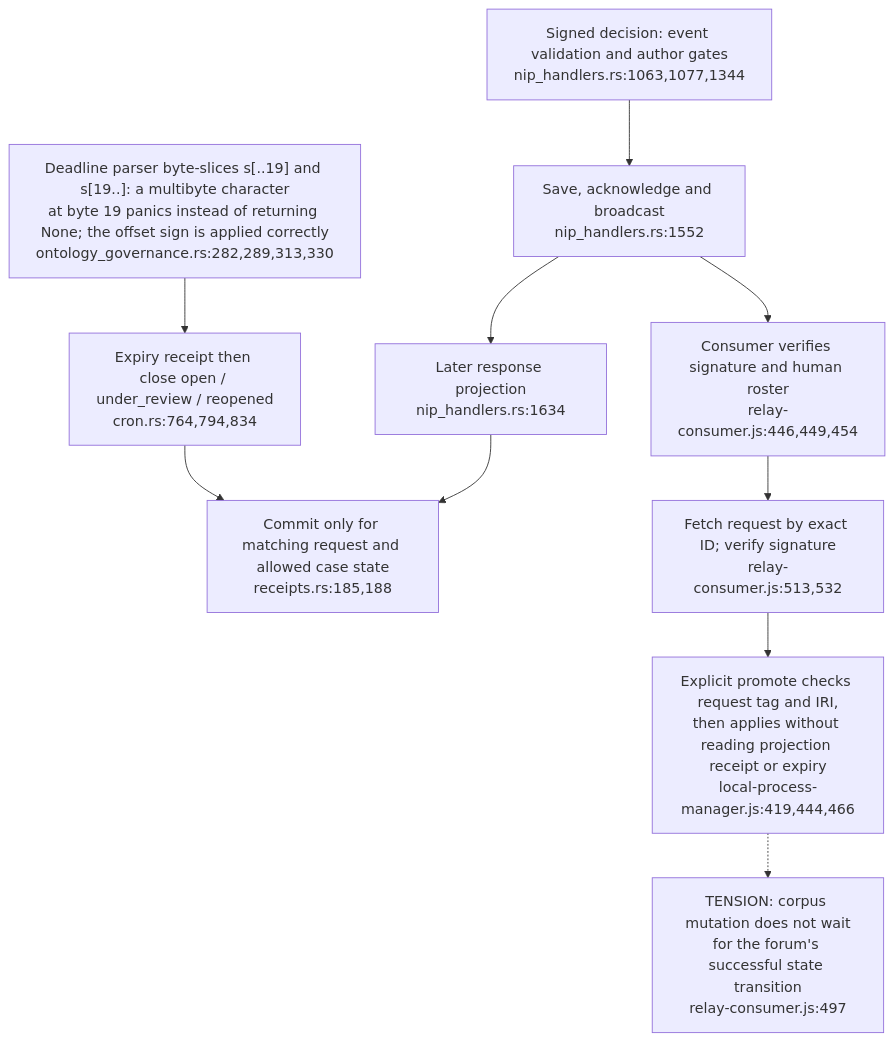
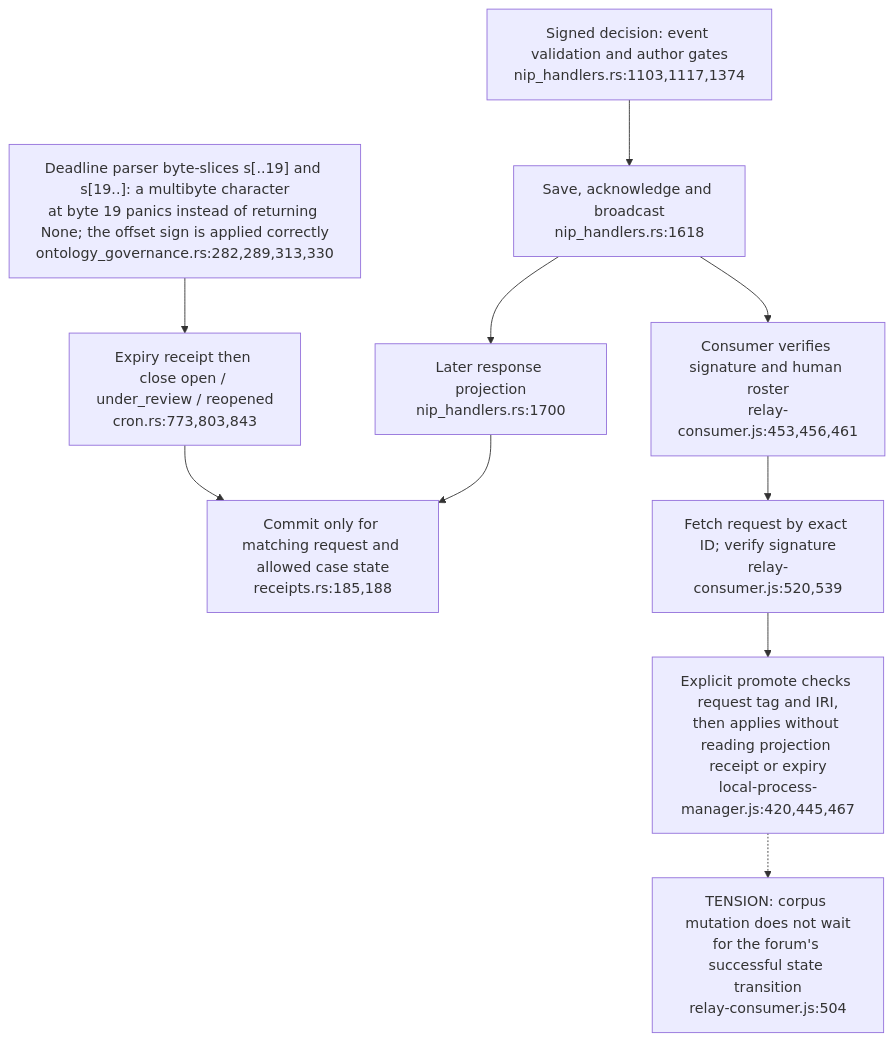
Before and after one commit to DreamLab-AI/VisionFlow: the first of 2 diagrams in docs/diagrams/estate/13-governance-delivery-and-expiry.md, drawn with Mermaid. The commit also changed other lines of this file and 5 other files, not shown here.

````diff
--- a/docs/diagrams/estate/13-governance-delivery-and-expiry.md
+++ b/docs/diagrams/estate/13-governance-delivery-and-expiry.md
@@ -28,12 +28,12 @@
 ```mermaid
 flowchart TD
-    EV["Signed decision: event validation and author gates<br/>nip_handlers.rs:1063,1077,1344"] --> STORE["Save, acknowledge and broadcast<br/>nip_handlers.rs:1552"]
-    STORE --> PROJECT["Later response projection<br/>nip_handlers.rs:1634"]
+    EV["Signed decision: event validation and author gates<br/>nip_handlers.rs:1103,1117,1374"] --> STORE["Save, acknowledge and broadcast<br/>nip_handlers.rs:1618"]
+    STORE --> PROJECT["Later response projection<br/>nip_handlers.rs:1700"]
     PROJECT --> SQL["Commit only for matching request and allowed case state<br/>receipts.rs:185,188"]
-    EXP["Expiry receipt then close open / under_review / reopened<br/>cron.rs:764,794,834"] --> SQL
-    STORE --> AB["Consumer verifies signature and human roster<br/>relay-consumer.js:446,449,454"]
-    AB --> FETCH["Fetch request by exact ID; verify signature<br/>relay-consumer.js:513,532"]
-    FETCH --> APPLY["Explicit promote checks request tag and IRI,<br/>then applies without reading projection receipt or expiry<br/>local-process-manager.js:419,444,466"]
-    APPLY -.-> GAP["TENSION: corpus mutation does not wait<br/>for the forum's successful state transition<br/>relay-consumer.js:497"]
+    EXP["Expiry receipt then close open / under_review / reopened<br/>cron.rs:773,803,843"] --> SQL
+    STORE --> AB["Consumer verifies signature and human roster<br/>relay-consumer.js:453,456,461"]
+    AB --> FETCH["Fetch request by exact ID; verify signature<br/>relay-consumer.js:520,539"]
+    FETCH --> APPLY["Explicit promote checks request tag and IRI,<br/>then applies without reading projection receipt or expiry<br/>local-process-manager.js:420,445,467"]
+    APPLY -.-> GAP["TENSION: corpus mutation does not wait<br/>for the forum's successful state transition<br/>relay-consumer.js:504"]
     PARSE["Deadline parser byte-slices s[..19] and s[19..]: a multibyte character<br/>at byte 19 panics instead of returning None; the offset sign is applied correctly<br/>ontology_governance.rs:282,289,313,330"] --> EXP
 ```
````
